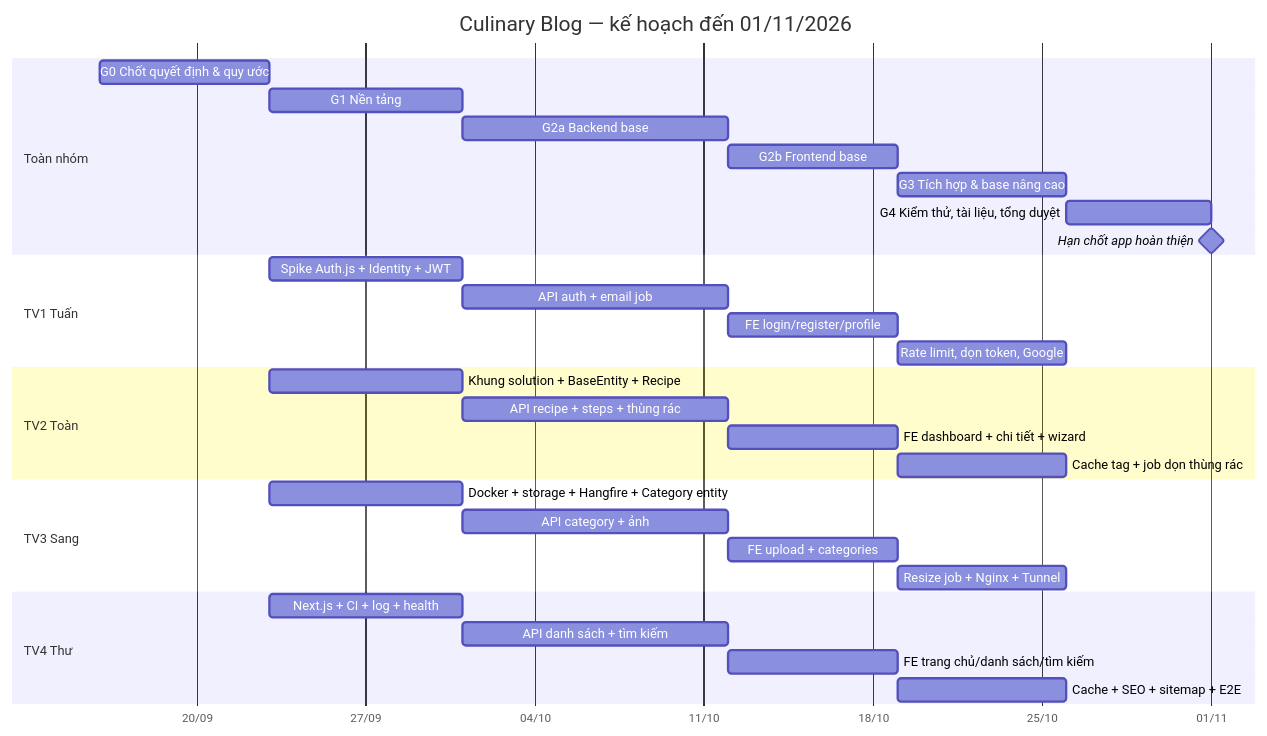
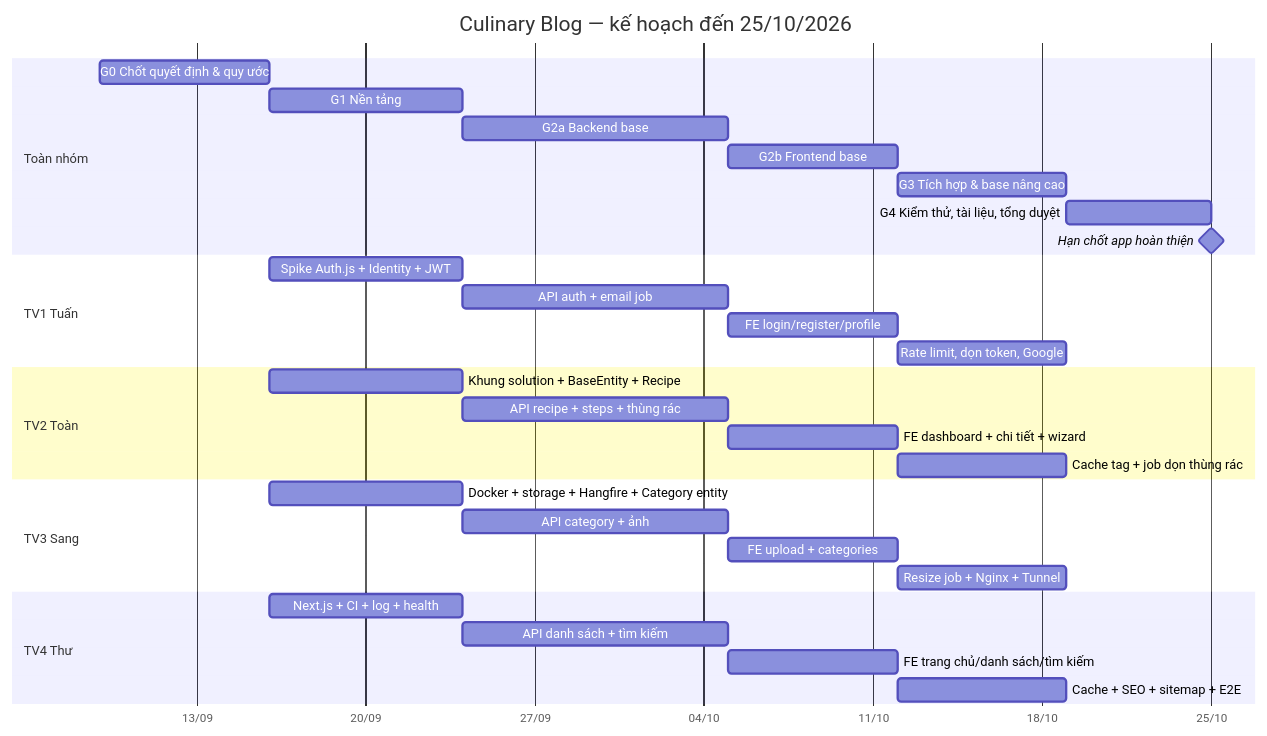
Before and after one commit to 1liusang/PTUDWNC-2026-Nhom17: the diagram in docs/KeHoach/00_KeHoach_TongThe.md, drawn with Mermaid. The commit also changed other lines of this file and 4 other files, not shown here.

````diff
--- a/docs/KeHoach/00_KeHoach_TongThe.md
+++ b/docs/KeHoach/00_KeHoach_TongThe.md
@@ -60,34 +60,34 @@
 ```mermaid
 gantt
-    title Culinary Blog — kế hoạch đến 01/11/2026
+    title Culinary Blog — kế hoạch đến 25/10/2026
     dateFormat YYYY-MM-DD
     axisFormat %d/%m
     section Toàn nhóm
-    G0 Chốt quyết định & quy ước      :g0, 2026-09-16, 7d
-    G1 Nền tảng                        :g1, 2026-09-23, 8d
-    G2a Backend base                   :g2a, 2026-10-01, 11d
-    G2b Frontend base                  :g2b, 2026-10-12, 7d
-    G3 Tích hợp & base nâng cao        :g3, 2026-10-19, 7d
-    G4 Kiểm thử, tài liệu, tổng duyệt  :g4, 2026-10-26, 6d
-    Hạn chốt app hoàn thiện            :milestone, 2026-11-01, 0d
+    G0 Chốt quyết định & quy ước      :g0, 2026-09-09, 7d
+    G1 Nền tảng                        :g1, 2026-09-16, 8d
+    G2a Backend base                   :g2a, 2026-09-24, 11d
+    G2b Frontend base                  :g2b, 2026-10-05, 7d
+    G3 Tích hợp & base nâng cao        :g3, 2026-10-12, 7d
+    G4 Kiểm thử, tài liệu, tổng duyệt  :g4, 2026-10-19, 6d
+    Hạn chốt app hoàn thiện            :milestone, 2026-10-25, 0d
     section TV1 Tuấn
-    Spike Auth.js + Identity + JWT     :2026-09-23, 8d
-    API auth + email job               :2026-10-01, 11d
-    FE login/register/profile          :2026-10-12, 7d
-    Rate limit, dọn token, Google      :2026-10-19, 7d
+    Spike Auth.js + Identity + JWT     :2026-09-16, 8d
+    API auth + email job               :2026-09-24, 11d
+    FE login/register/profile          :2026-10-05, 7d
+    Rate limit, dọn token, Google      :2026-10-12, 7d
     section TV2 Toàn
-    Khung solution + BaseEntity + Recipe :2026-09-23, 8d
-    API recipe + steps + thùng rác     :2026-10-01, 11d
-    FE dashboard + chi tiết + wizard   :2026-10-12, 7d
-    Cache tag + job dọn thùng rác      :2026-10-19, 7d
+    Khung solution + BaseEntity + Recipe :2026-09-16, 8d
+    API recipe + steps + thùng rác     :2026-09-24, 11d
+    FE dashboard + chi tiết + wizard   :2026-10-05, 7d
+    Cache tag + job dọn thùng rác      :2026-10-12, 7d
     section TV3 Sang
-    Docker + storage + Hangfire + Category entity :2026-09-23, 8d
-    API category + ảnh                 :2026-10-01, 11d
-    FE upload + categories             :2026-10-12, 7d
-    Resize job + Nginx + Tunnel        :2026-10-19, 7d
+    Docker + storage + Hangfire + Category entity :2026-09-16, 8d
+    API category + ảnh                 :2026-09-24, 11d
+    FE upload + categories             :2026-10-05, 7d
+    Resize job + Nginx + Tunnel        :2026-10-12, 7d
     section TV4 Thư
-    Next.js + CI + log + health        :2026-09-23, 8d
-    API danh sách + tìm kiếm           :2026-10-01, 11d
-    FE trang chủ/danh sách/tìm kiếm    :2026-10-12, 7d
-    Cache + SEO + sitemap + E2E        :2026-10-19, 7d
+    Next.js + CI + log + health        :2026-09-16, 8d
+    API danh sách + tìm kiếm           :2026-09-24, 11d
+    FE trang chủ/danh sách/tìm kiếm    :2026-10-05, 7d
+    Cache + SEO + sitemap + E2E        :2026-10-12, 7d
 ```
````
